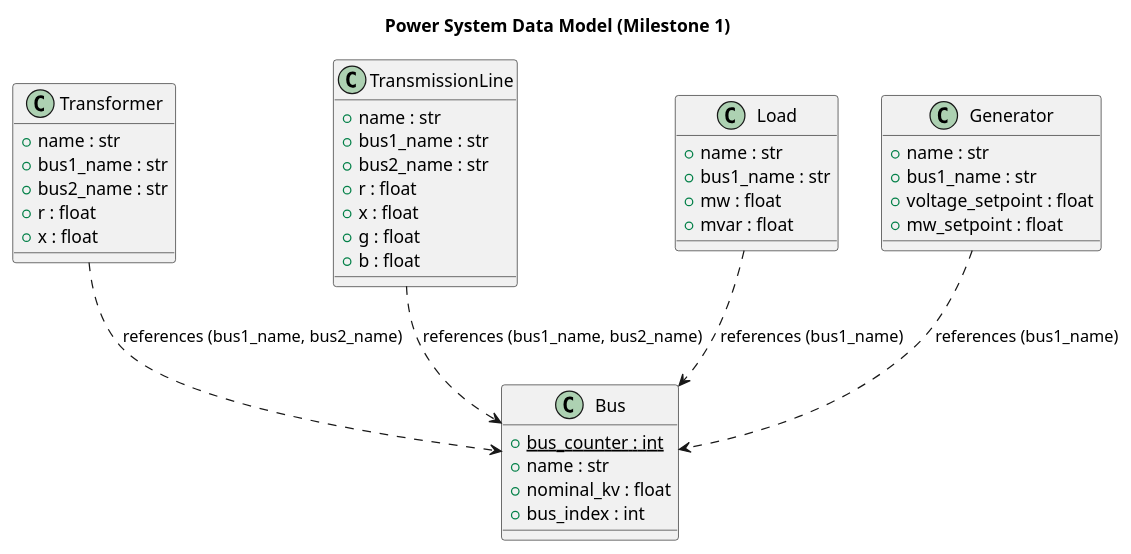
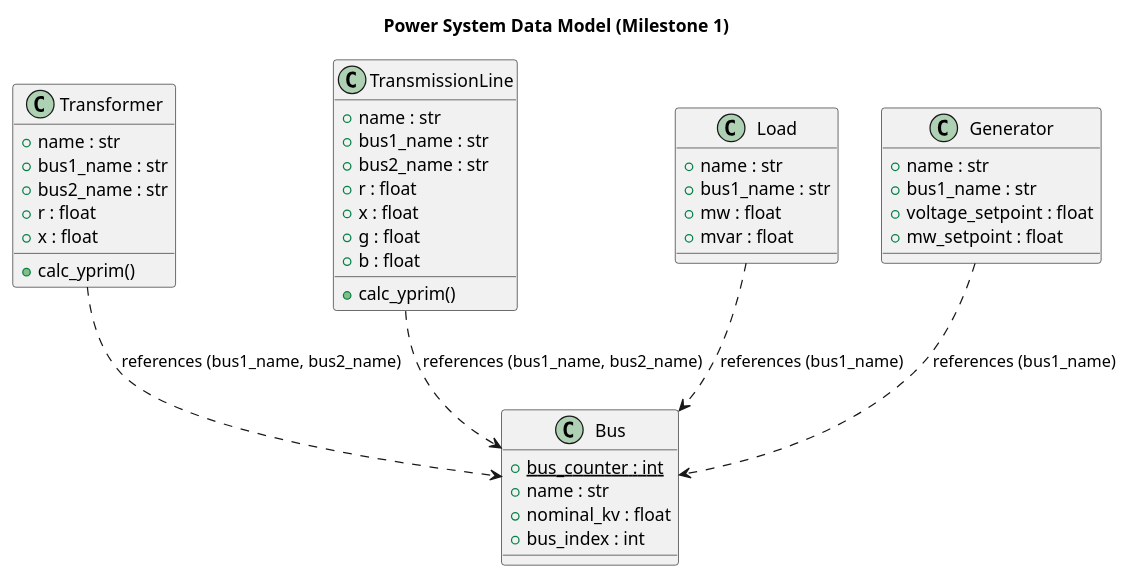
One commit to gideonglick/ECE-1774-Project-2 changed the diagram in class_diagram.puml. Above: the diagram before and after it, drawn with PlantUML. The commit also changed 5 other files, not shown here.

Commit message:
Updated class diagram

```diff
--- a/class_diagram.puml
+++ b/class_diagram.puml
@@ -1,49 +1,51 @@
 @startuml
 title Power System Data Model (Milestone 1)
 
 class Bus {
   +bus_counter : int {static}
   +name : str
   +nominal_kv : float
   +bus_index : int
 }
 
 class Transformer {
   +name : str
   +bus1_name : str
   +bus2_name : str
   +r : float
   +x : float
+  +calc_yprim()
 }
 
 class TransmissionLine {
   +name : str
   +bus1_name : str
   +bus2_name : str
   +r : float
   +x : float
   +g : float
   +b : float
+  +calc_yprim()
 }
 
 class Load {
   +name : str
   +bus1_name : str
   +mw : float
   +mvar : float
 }
 
 class Generator {
   +name : str
   +bus1_name : str
   +voltage_setpoint : float
   +mw_setpoint : float
 }
 
 ' Relationships (your classes store bus names as strings, so these are dependencies)
 Transformer ..> Bus : references (bus1_name, bus2_name)
 TransmissionLine ..> Bus : references (bus1_name, bus2_name)
 Load ..> Bus : references (bus1_name)
 Generator ..> Bus : references (bus1_name)
 
 @enduml
```
